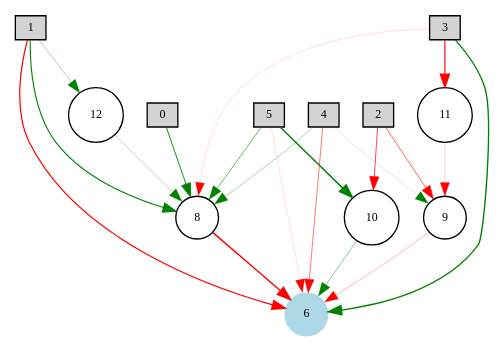
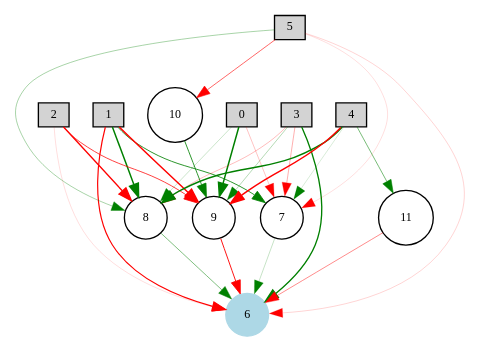
The diagram in 2015-2016/neat_ai/nn_winner-enabled-pruned.gv (arkadyark/PongAI), drawn with Graphviz before and after one commit. The commit also changed 25 other files, not shown here.

```diff
--- a/2015-2016/neat_ai/nn_winner-enabled-pruned.gv
+++ b/2015-2016/neat_ai/nn_winner-enabled-pruned.gv
@@ -1,30 +1,37 @@
 digraph {
 	node [fontsize=9 height=0.2 shape=circle width=0.2]
 		0 [shape=box style=filled]
 		1 [shape=box style=filled]
 		2 [shape=box style=filled]
 		3 [shape=box style=filled]
 		4 [shape=box style=filled]
 		5 [shape=box style=filled]
 		6 [color=lightblue style=filled]
-			4 -> 8 [color=green penwidth=0.250861538244 style=solid]
-			5 -> 6 [color=red penwidth=0.102260877668 style=solid]
-			10 -> 6 [color=green penwidth=0.344086376822 style=solid]
-			3 -> 11 [color=red penwidth=0.873056754317 style=solid]
-			1 -> 6 [color=red penwidth=0.920977682686 style=solid]
-			5 -> 8 [color=green penwidth=0.438267523654 style=solid]
-			4 -> 9 [color=green penwidth=0.115423882877 style=solid]
-			2 -> 9 [color=red penwidth=0.459237041647 style=solid]
-			3 -> 6 [color=green penwidth=1.01471841512 style=solid]
-			8 -> 6 [color=red penwidth=1.04926084947 style=solid]
-			11 -> 9 [color=red penwidth=0.165003001039 style=solid]
-			2 -> 10 [color=red penwidth=0.538969277876 style=solid]
-			0 -> 8 [color=green penwidth=0.675013541927 style=solid]
-			9 -> 6 [color=red penwidth=0.234851502905 style=solid]
-			5 -> 10 [color=green penwidth=1.1 style=solid]
-			4 -> 6 [color=red penwidth=0.414949001389 style=solid]
-			1 -> 12 [color=green penwidth=0.270460170766 style=solid]
-			3 -> 8 [color=red penwidth=0.104028110346 style=solid]
-			1 -> 8 [color=green penwidth=0.820212865783 style=solid]
-			12 -> 8 [color=green penwidth=0.220915704213 style=solid]
+			4 -> 7 [color=green penwidth=0.12223112079 style=solid]
+			4 -> 8 [color=green penwidth=1.03039774423 style=solid]
+			5 -> 6 [color=red penwidth=0.128313712359 style=solid]
+			2 -> 8 [color=red penwidth=0.992174455445 style=solid]
+			0 -> 7 [color=red penwidth=0.181136802415 style=solid]
+			1 -> 6 [color=red penwidth=0.876361536796 style=solid]
+			3 -> 7 [color=red penwidth=0.23663591882 style=solid]
+			5 -> 8 [color=green penwidth=0.264509623683 style=solid]
+			4 -> 9 [color=red penwidth=1.1 style=solid]
+			2 -> 9 [color=red penwidth=0.56356219186 style=solid]
+			7 -> 6 [color=green penwidth=0.165585300342 style=solid]
+			3 -> 6 [color=green penwidth=0.999734995422 style=solid]
+			8 -> 6 [color=green penwidth=0.376710483828 style=solid]
+			10 -> 9 [color=green penwidth=0.617056390366 style=solid]
+			2 -> 6 [color=red penwidth=0.10342865607 style=solid]
+			3 -> 9 [color=green penwidth=0.221573385783 style=solid]
+			1 -> 9 [color=red penwidth=1.1 style=solid]
+			0 -> 8 [color=green penwidth=0.159706728741 style=solid]
+			9 -> 6 [color=red penwidth=0.689426472457 style=solid]
+			4 -> 11 [color=green penwidth=0.395548660193 style=solid]
+			5 -> 10 [color=red penwidth=0.453607877026 style=solid]
+			5 -> 7 [color=red penwidth=0.102051612322 style=solid]
+			3 -> 8 [color=red penwidth=0.197342748691 style=solid]
+			1 -> 8 [color=green penwidth=1.1 style=solid]
+			1 -> 7 [color=green penwidth=0.61584828945 style=solid]
+			0 -> 9 [color=green penwidth=1.1 style=solid]
+			11 -> 6 [color=red penwidth=0.335219445727 style=solid]
 }
```
